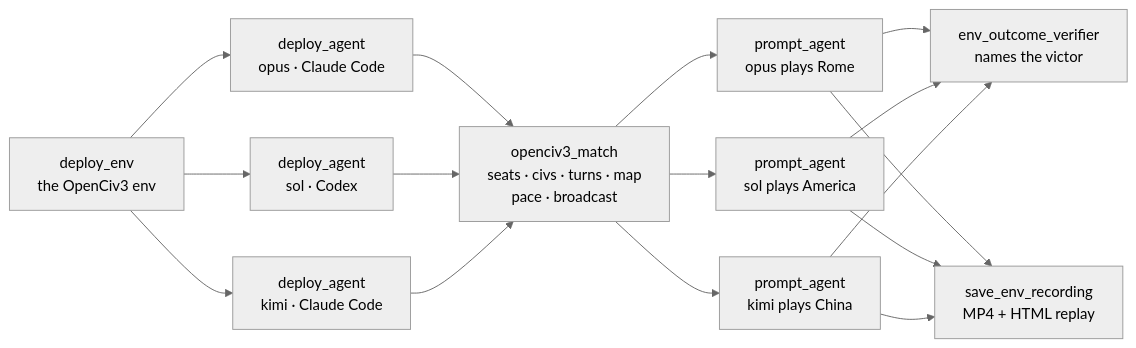
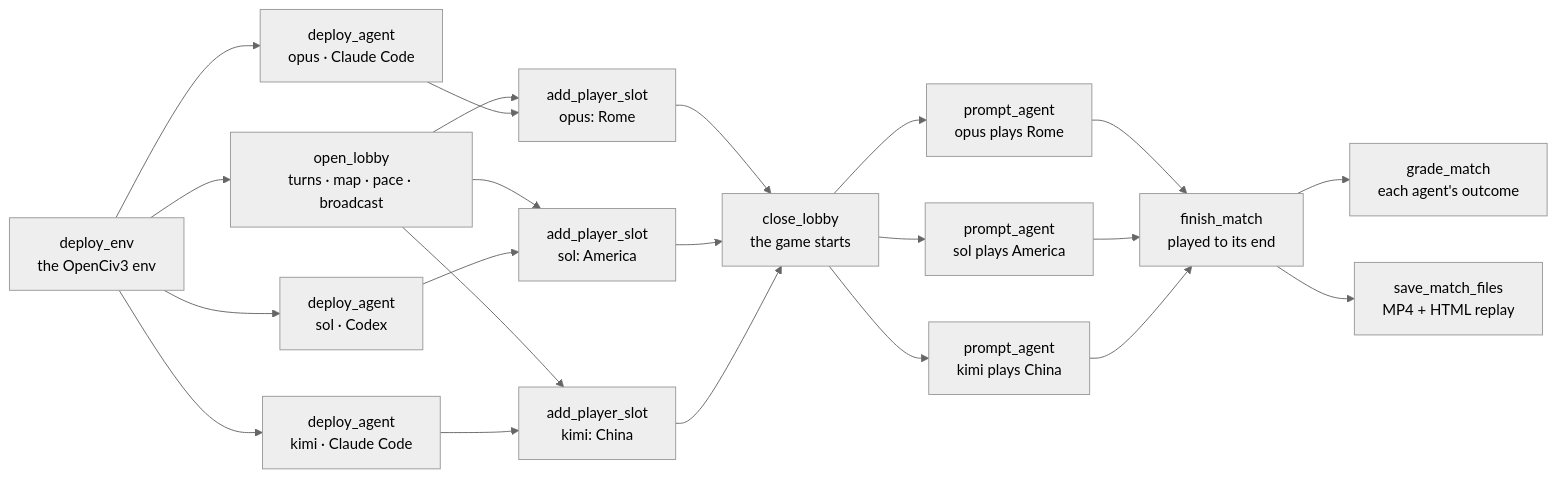
One commit to earakely-scale/agentenv-openciv-plugin changed the first of 3 diagrams in README.md. Above: the diagram before and after it, drawn with Mermaid (neutral theme). The commit also changed other lines of this file and 44 other files, not shown here.

First line of the commit message:
Players come from agentenv-game-env's lobby, and its match grades them (#19)

````diff
--- a/README.md
+++ b/README.md
@@ -293,17 +296,27 @@
 ```mermaid
 flowchart LR
     deploy["deploy_env<br/>the OpenCiv3 env"]
     a1["deploy_agent<br/>opus · Claude Code"]
     a2["deploy_agent<br/>sol · Codex"]
     a3["deploy_agent<br/>kimi · Claude Code"]
-    match["openciv3_match<br/>seats · civs · turns · map<br/>pace · broadcast"]
+    lobby["open_lobby<br/>turns · map · pace · broadcast"]
+    s1["add_player_slot<br/>opus: Rome"]
+    s2["add_player_slot<br/>sol: America"]
+    s3["add_player_slot<br/>kimi: China"]
+    match["close_lobby<br/>the game starts"]
     p1["prompt_agent<br/>opus plays Rome"]
     p2["prompt_agent<br/>sol plays America"]
     p3["prompt_agent<br/>kimi plays China"]
-    grade["env_outcome_verifier<br/>names the victor"]
-    rec["save_env_recording<br/>MP4 + HTML replay"]
-    deploy --> a1 & a2 & a3
-    a1 & a2 & a3 --> match
+    finish["finish_match<br/>played to its end"]
+    grade["grade_match<br/>each agent's outcome"]
+    rec["save_match_files<br/>MP4 + HTML replay"]
+    deploy --> a1 & a2 & a3 & lobby
+    lobby --> s1 & s2 & s3
+    a1 --> s1
+    a2 --> s2
+    a3 --> s3
+    s1 & s2 & s3 --> match
     match --> p1 & p2 & p3
-    p1 & p2 & p3 --> grade & rec
+    p1 & p2 & p3 --> finish
+    finish --> grade & rec
 ```
````
